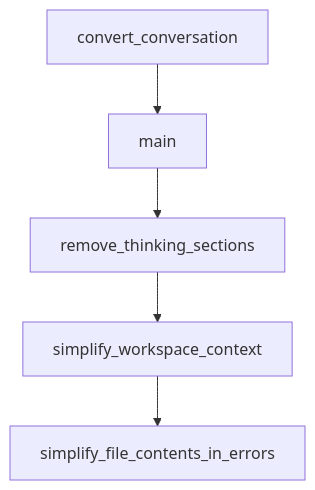
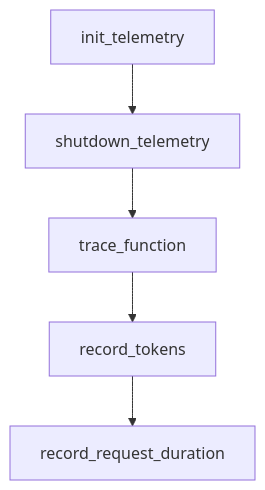
The diagram in tutorials/gptme-tutorial/08-production-operations-and-security.md (johnxie/awesome-code-docs), drawn with Mermaid before and after one commit. The commit also changed other lines of this file and 1232 other files, not shown here.

````diff
--- a/tutorials/gptme-tutorial/08-production-operations-and-security.md
+++ b/tutorials/gptme-tutorial/08-production-operations-and-security.md
@@ -203,12 +201,12 @@
 ```mermaid
 flowchart TD
-    A[convert_conversation]
-    B[main]
-    C[remove_thinking_sections]
-    D[simplify_workspace_context]
-    E[simplify_file_contents_in_errors]
+    A[init_telemetry]
+    B[shutdown_telemetry]
+    C[trace_function]
+    D[record_tokens]
+    E[record_request_duration]
     A --> B
     B --> C
     C --> D
     D --> E
 ```
````
